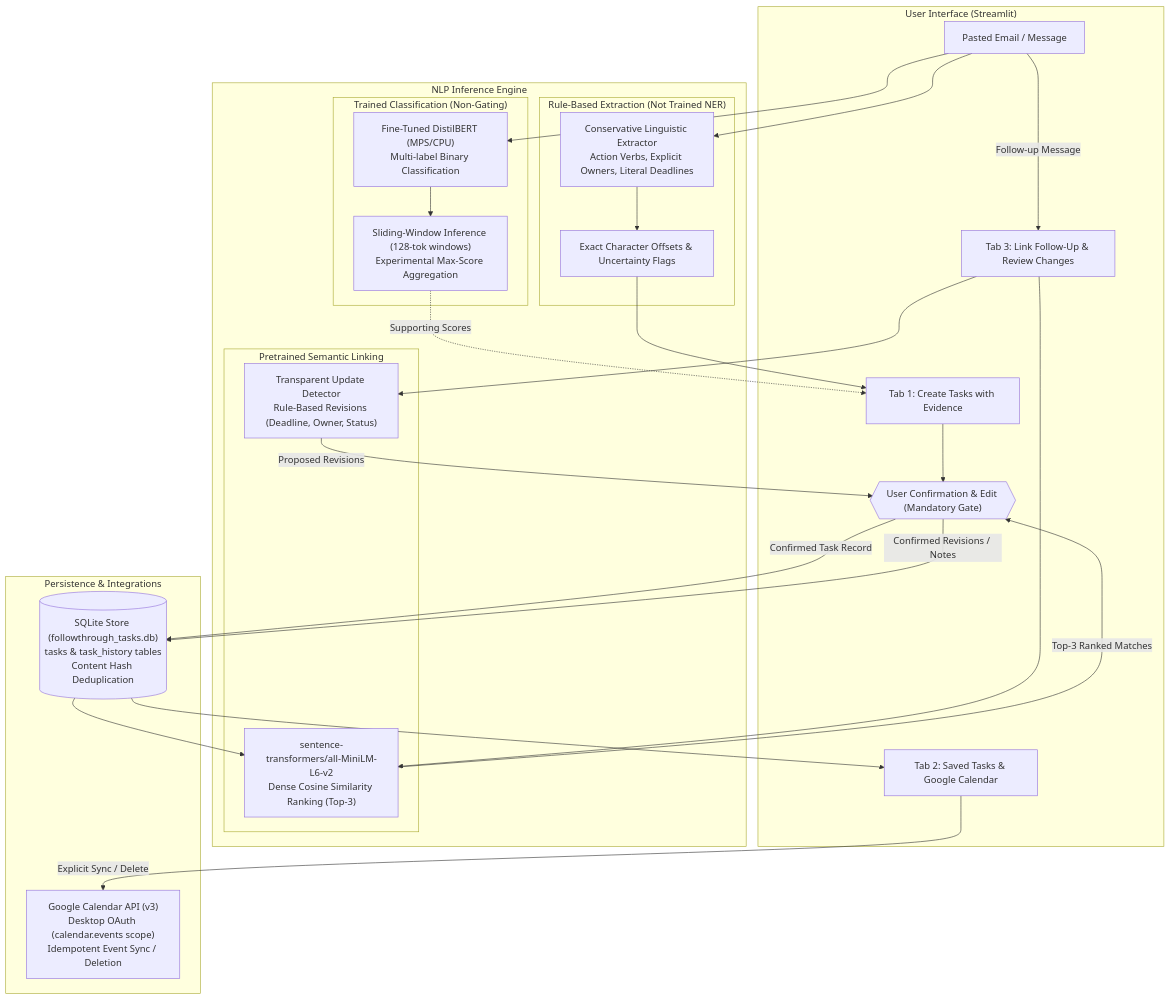
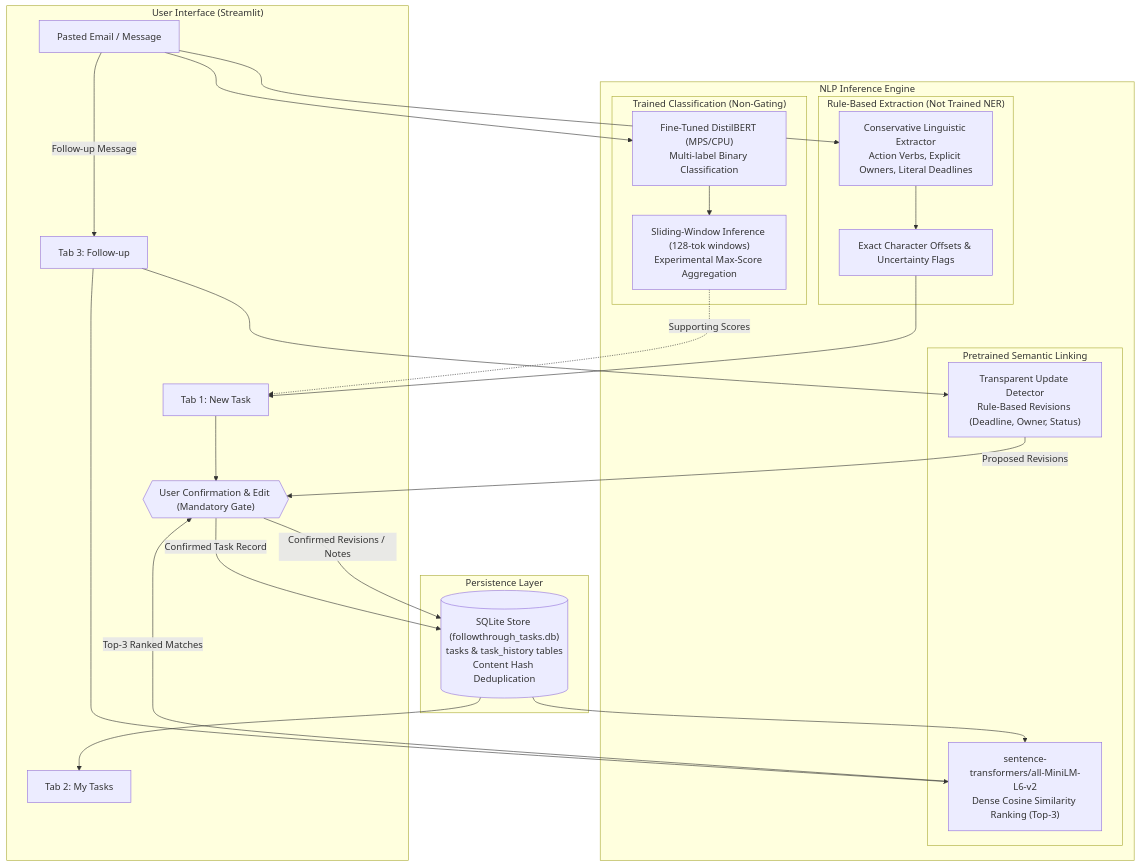
The diagram in README.md (Rohita-G/FollowThrough), drawn with Mermaid before and after one commit. The commit also changed other lines of this file and 2 other files, not shown here.

Commit message:
refactor: scope app to evidence-backed task tracking, clean 3 main tabs, remove calendar UI

````diff
--- a/README.md
+++ b/README.md
@@ -60,52 +63,50 @@
 ```mermaid
 graph TD
     subgraph UI ["User Interface (Streamlit)"]
         InputMsg["Pasted Email / Message"]
-        UI_Tab1["Tab 1: Create Tasks with Evidence"]
-        UI_Tab2["Tab 2: Saved Tasks & Google Calendar"]
-        UI_Tab3["Tab 3: Link Follow-Up & Review Changes"]
+        UI_Tab1["Tab 1: New Task"]
+        UI_Tab2["Tab 2: My Tasks"]
+        UI_Tab3["Tab 3: Follow-up"]
         UserReview{{"User Confirmation & Edit (Mandatory Gate)"}}
     end
 
     subgraph NLP_Inference ["NLP Inference Engine"]
         subgraph Classification ["Trained Classification (Non-Gating)"]
             DistilBERT["Fine-Tuned DistilBERT (MPS/CPU)<br/>Multi-label Binary Classification"]
             SlidingWindow["Sliding-Window Inference (128-tok windows)<br/>Experimental Max-Score Aggregation"]
         end
         subgraph Extraction ["Rule-Based Extraction (Not Trained NER)"]
             TaskExtractor["Conservative Linguistic Extractor<br/>Action Verbs, Explicit Owners, Literal Deadlines"]
             OffsetTracker["Exact Character Offsets & Uncertainty Flags"]
         end
         subgraph SemanticLinking ["Pretrained Semantic Linking"]
             MiniLM["sentence-transformers/all-MiniLM-L6-v2<br/>Dense Cosine Similarity Ranking (Top-3)"]
             UpdateDetector["Transparent Update Detector<br/>Rule-Based Revisions (Deadline, Owner, Status)"]
         end
     end
 
-    subgraph Persistence ["Persistence & Integrations"]
+    subgraph Persistence ["Persistence Layer"]
         SQLiteDB[("SQLite Store (followthrough_tasks.db)<br/>tasks & task_history tables<br/>Content Hash Deduplication")]
-        GCal["Google Calendar API (v3)<br/>Desktop OAuth (calendar.events scope)<br/>Idempotent Event Sync / Deletion"]
     end
 
     InputMsg --> DistilBERT
     DistilBERT --> SlidingWindow
     SlidingWindow -.->|"Supporting Scores"| UI_Tab1
 
     InputMsg --> TaskExtractor
     TaskExtractor --> OffsetTracker
     OffsetTracker --> UI_Tab1
 
     UI_Tab1 --> UserReview
     UserReview -->|"Confirmed Task Record"| SQLiteDB
 
     SQLiteDB --> UI_Tab2
-    UI_Tab2 -->|"Explicit Sync / Delete"| GCal
 
     SQLiteDB --> MiniLM
     InputMsg -->|"Follow-up Message"| UI_Tab3
     UI_Tab3 --> MiniLM
     UI_Tab3 --> UpdateDetector
     MiniLM -->|"Top-3 Ranked Matches"| UserReview
     UpdateDetector -->|"Proposed Revisions"| UserReview
     UserReview -->|"Confirmed Revisions / Notes"| SQLiteDB
 ```
````
